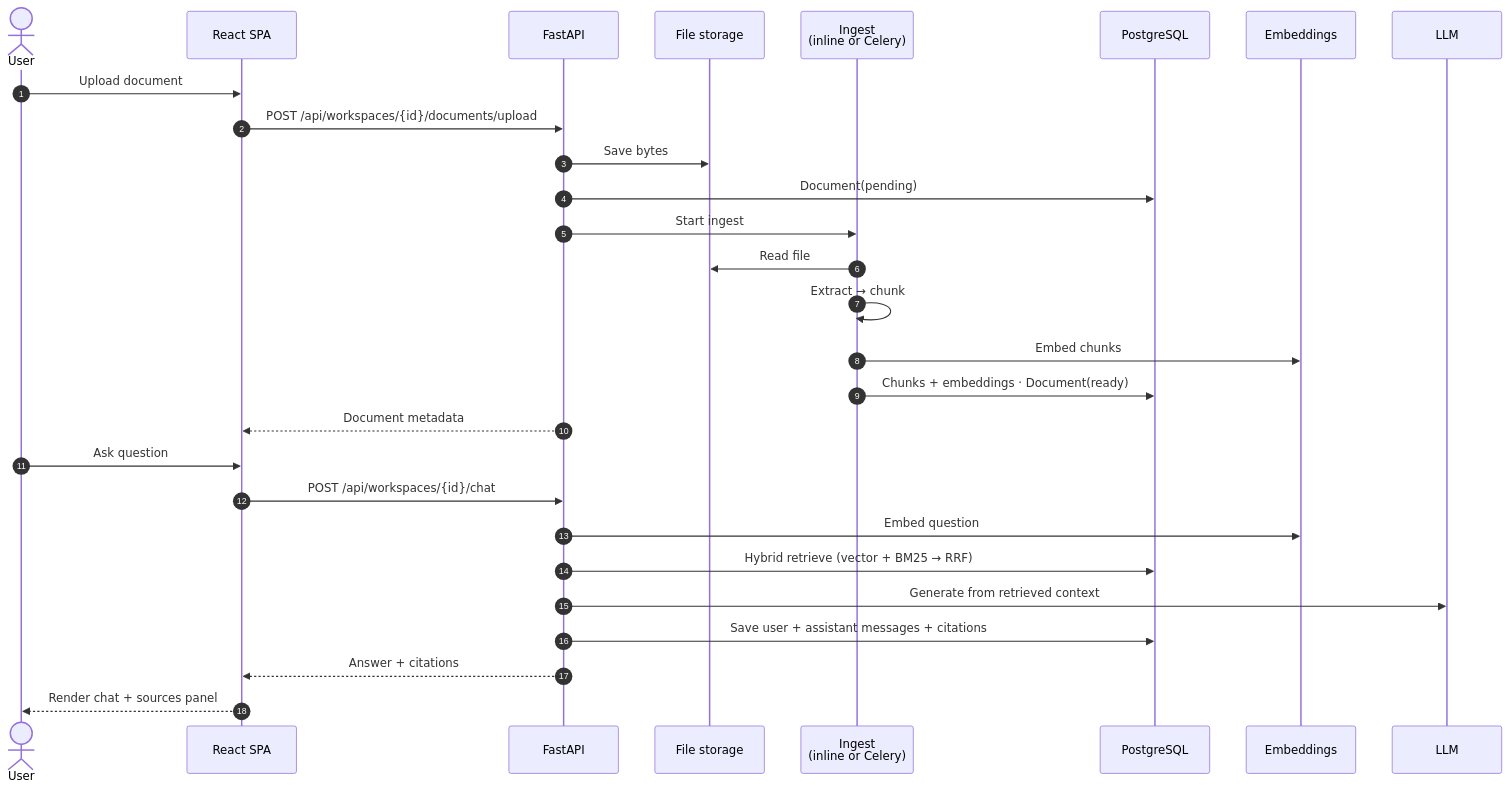
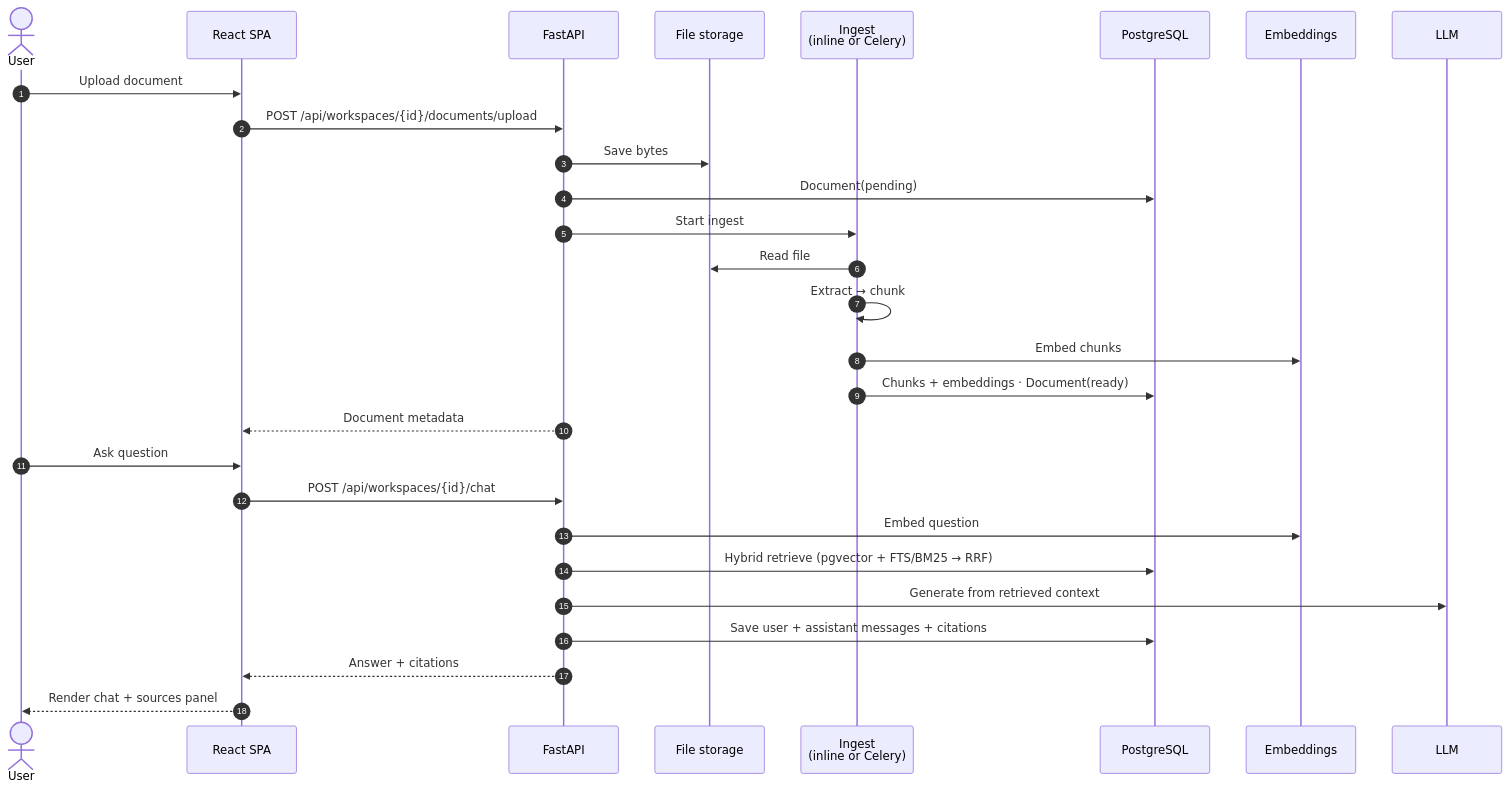
One commit to Samuel-Hailemariam-Seifu/ai-document-q-a-saas changed the fourth of 5 diagrams in README.md. Above: the diagram before and after it, drawn with Mermaid. The commit also changed other lines of this file and 22 other files, not shown here.

````diff
--- a/README.md
+++ b/README.md
@@ -136,32 +136,32 @@
 ```mermaid
 sequenceDiagram
   autonumber
   actor U as User
   participant FE as React SPA
   participant API as FastAPI
   participant FS as File storage
   participant W as Ingest<br/>(inline or Celery)
   participant DB as PostgreSQL
   participant EMB as Embeddings
   participant LLM as LLM
 
   U->>FE: Upload document
   FE->>API: POST /api/workspaces/{id}/documents/upload
   API->>FS: Save bytes
   API->>DB: Document(pending)
   API->>W: Start ingest
   W->>FS: Read file
   W->>W: Extract → chunk
   W->>EMB: Embed chunks
   W->>DB: Chunks + embeddings · Document(ready)
   API-->>FE: Document metadata
 
   U->>FE: Ask question
   FE->>API: POST /api/workspaces/{id}/chat
   API->>EMB: Embed question
-  API->>DB: Hybrid retrieve (vector + BM25 → RRF)
+  API->>DB: Hybrid retrieve (pgvector + FTS/BM25 → RRF)
   API->>LLM: Generate from retrieved context
   API->>DB: Save user + assistant messages + citations
   API-->>FE: Answer + citations
   FE-->>U: Render chat + sources panel
 ```
````
